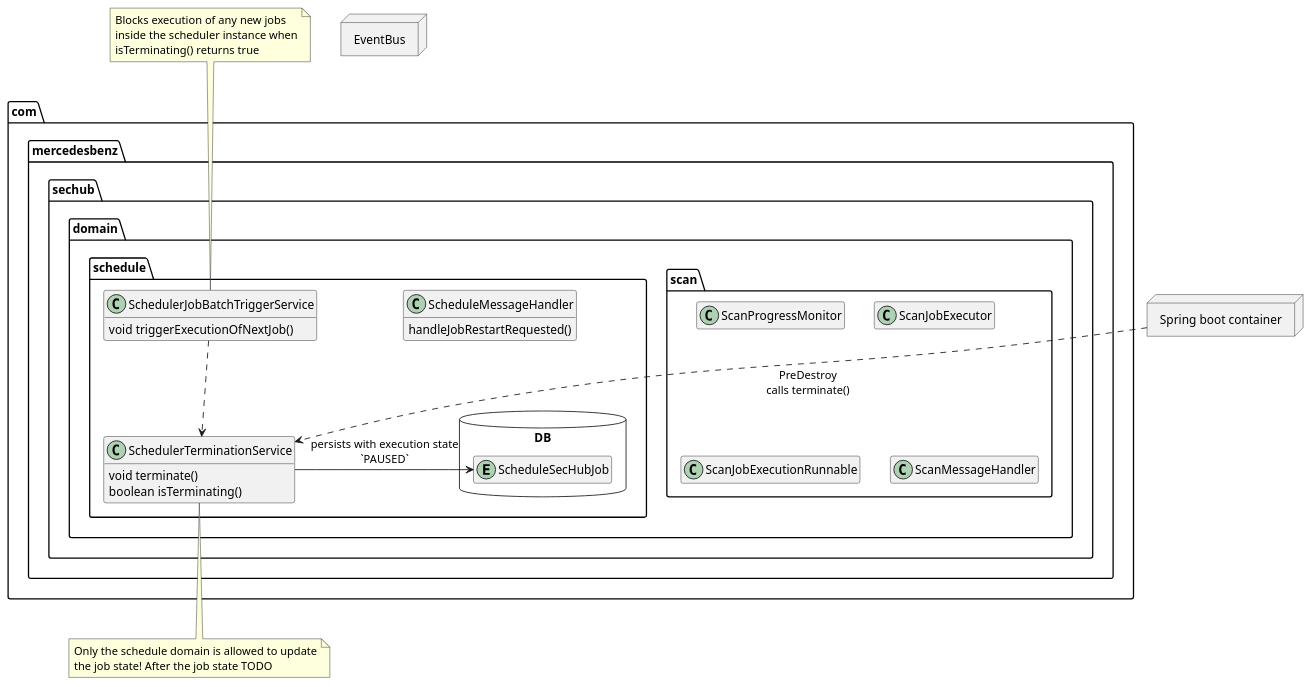
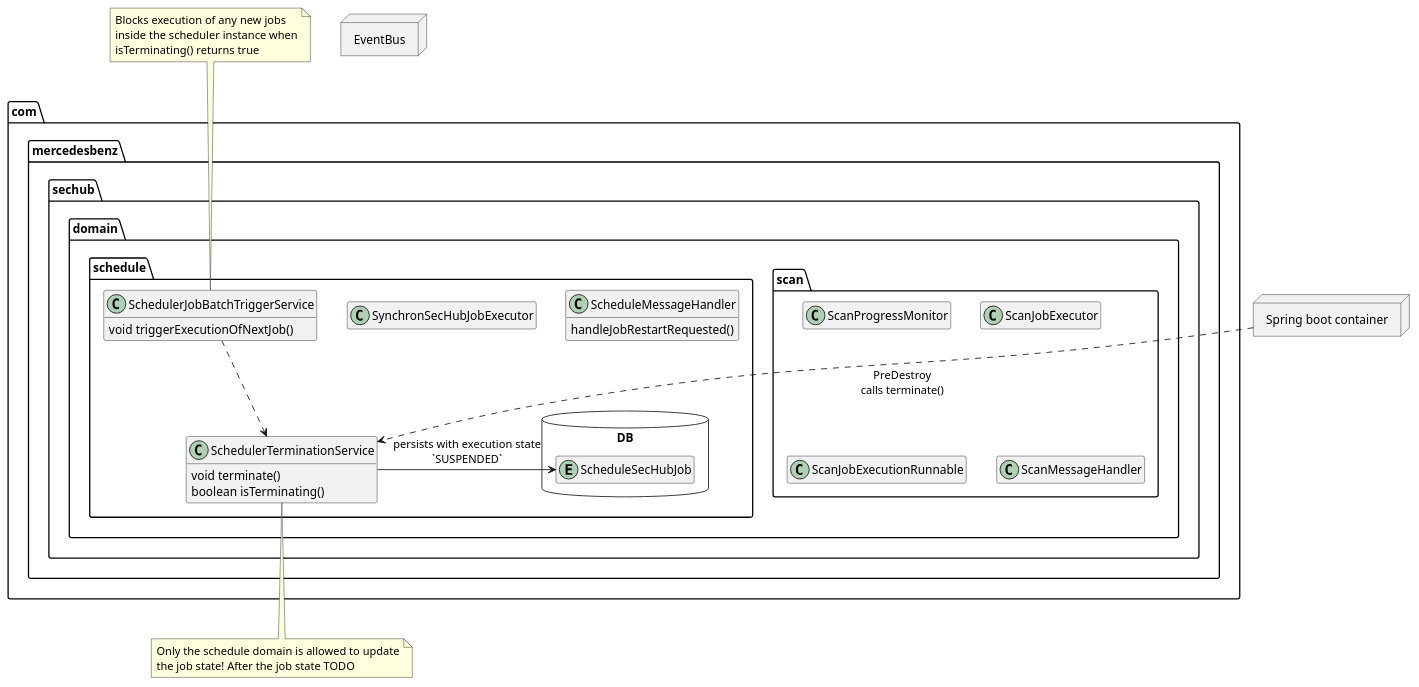
The diagram in sechub-doc/src/docs/asciidoc/diagrams/diagram_sechub_sigterm_handling.puml (mercedes-benz/sechub), drawn with PlantUML before and after one commit. The commit also changed 62 other files, not shown here.

```diff
--- a/sechub-doc/src/docs/asciidoc/diagrams/diagram_sechub_sigterm_handling.puml
+++ b/sechub-doc/src/docs/asciidoc/diagrams/diagram_sechub_sigterm_handling.puml
@@ -1,69 +1,72 @@
 @startuml
 
 'Hide empty parts:
 hide empty fields
 hide empty methods
 
 'You can find more examples at https://plantuml.com/class-diagram
 
 package com.mercedesbenz.sechub.domain.scan {
 	
 	class ScanProgressMonitor 
 	 
 	class ScanJobExecutor {
 	
 	}
 	 
 	class ScanJobExecutionRunnable{
 	
 	}
 	class ScanMessageHandler
 }
 
 
 
 package com.mercedesbenz.sechub.domain.schedule {
 
 	class ScheduleMessageHandler {
 		handleJobRestartRequested()
 	}
 	
+	class SynchronSecHubJobExecutor {
+	}
+	
 	class SchedulerTerminationService {
 	   void terminate()
 	   boolean isTerminating()
 	}
 	
 	class SchedulerJobBatchTriggerService {
 	   void triggerExecutionOfNextJob()
 	}
 	
 	database DB {
     	entity ScheduleSecHubJob {
     	}
 	}
 	
 }
 
 SchedulerJobBatchTriggerService ..> SchedulerTerminationService 
-SchedulerTerminationService -> ScheduleSecHubJob : persists with execution state\n`PAUSED`
+SchedulerTerminationService -> ScheduleSecHubJob : persists with execution state\n`SUSPENDED`
 
 node EventBus {
 }
 
 node springcontainer as "Spring boot container" {
 }
 
 springcontainer ..> SchedulerTerminationService: PreDestroy\ncalls terminate()
 
 note top of SchedulerJobBatchTriggerService
 Blocks execution of any new jobs 
 inside the scheduler instance when
 isTerminating() returns true
 end note 
 
 note bottom of SchedulerTerminationService
 Only the schedule domain is allowed to update
 the job state! After the job state TODO
 end note
 
 @enduml
```
